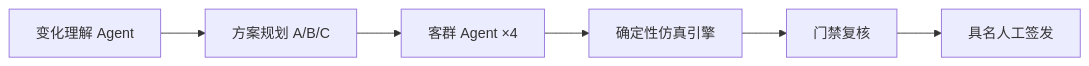
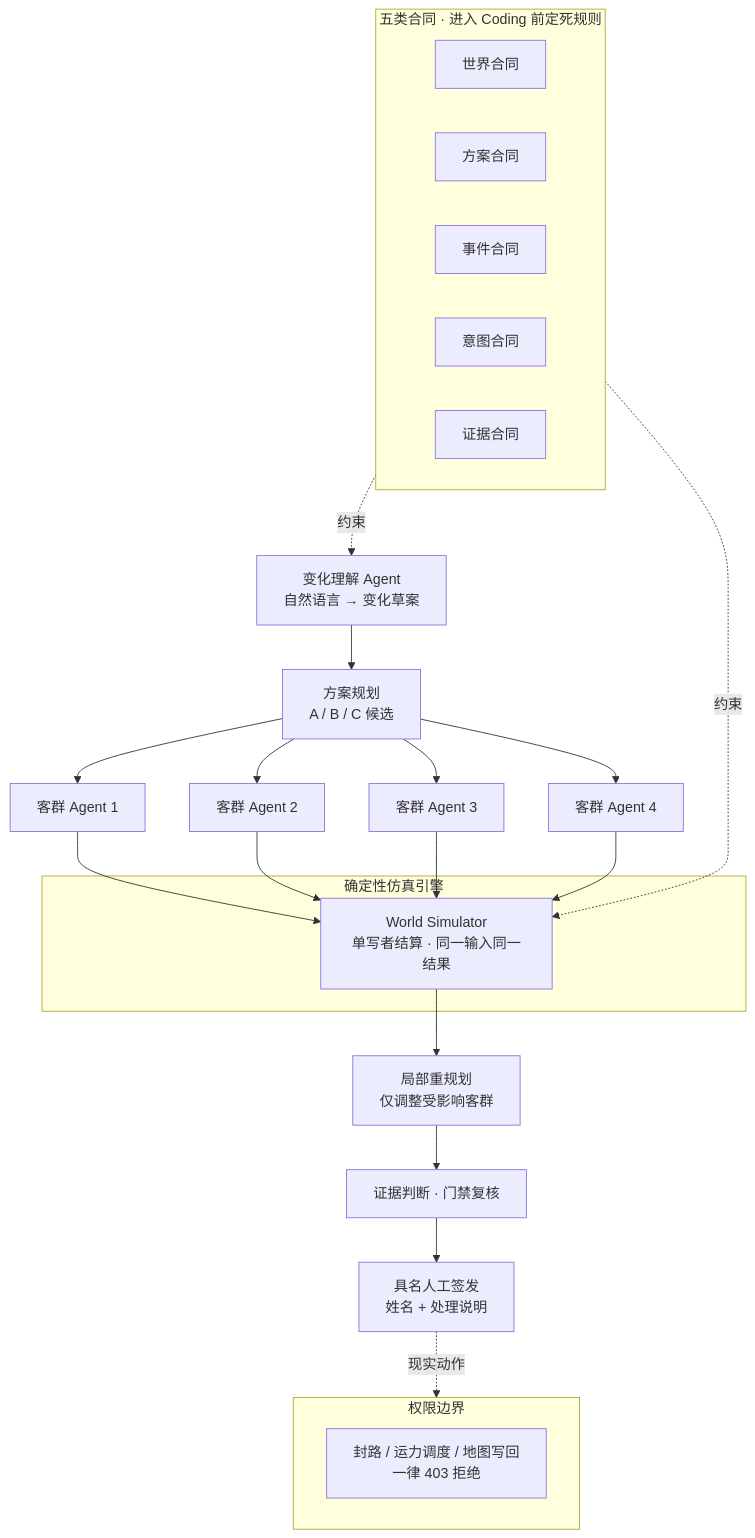
Before and after one commit to mumudecrance-ship-it/ai-agent-portfolio: the second of 2 diagrams in README.md, drawn with Mermaid. The commit also changed other lines of this file, not shown here.

Commit message:
架构图分层重构：项目一四层约束×七步流水线，项目二多Agent×确定性引擎+权限边界

````diff
--- a/README.md
+++ b/README.md
@@ -111,8 +138,40 @@
 ```mermaid
-flowchart LR
-    A[变化理解 Agent] --> B[方案规划 A/B/C]
-    B --> C[客群 Agent ×4]
-    C --> D[确定性仿真引擎]
-    D --> E[门禁复核]
-    E --> F[具名人工签发]
+flowchart TB
+    subgraph CONTRACT["五类合同 · 进入 Coding 前定死规则"]
+        direction LR
+        WC[世界合同]
+        PC[方案合同]
+        EC[事件合同]
+        IC[意图合同]
+        RC[证据合同]
+    end
+
+    A[变化理解 Agent<br/>自然语言 → 变化草案] --> B[方案规划<br/>A / B / C 候选]
+
+    B --> C1[客群 Agent 1]
+    B --> C2[客群 Agent 2]
+    B --> C3[客群 Agent 3]
+    B --> C4[客群 Agent 4]
+
+    subgraph ENGINE["确定性仿真引擎"]
+        D[World Simulator<br/>单写者结算 · 同一输入同一结果]
+    end
+
+    C1 --> D
+    C2 --> D
+    C3 --> D
+    C4 --> D
+
+    D --> E[局部重规划<br/>仅调整受影响客群]
+    E --> F[证据判断 · 门禁复核]
+    F --> G[具名人工签发<br/>姓名 + 处理说明]
+
+    CONTRACT -.约束.-> A
+    CONTRACT -.约束.-> D
+
+    subgraph GUARD["权限边界"]
+        X[封路 / 运力调度 / 地图写回<br/>一律 403 拒绝]
+    end
+
+    G -.现实动作.-> GUARD
 ```
````
